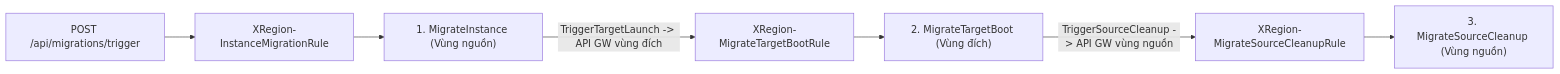
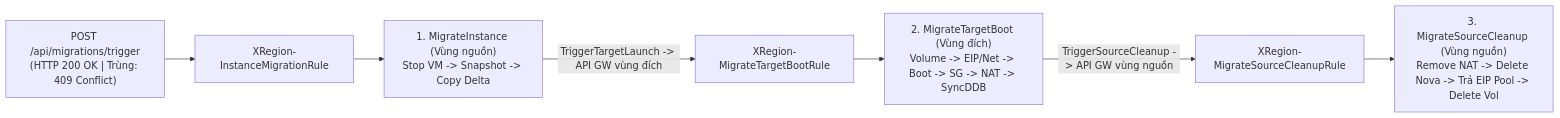
The third of 3 diagrams in final.md (24020196/aws-btl), drawn with Mermaid before and after one commit. The commit also changed other lines of this file, not shown here.

````diff
--- a/final.md
+++ b/final.md
@@ -305,9 +342,9 @@
 ```mermaid
 flowchart LR
-    T["POST /api/migrations/trigger"] --> R1["XRegion-InstanceMigrationRule"]
-    R1 --> SF1["1. MigrateInstance (Vùng nguồn)"]
+    T["POST /api/migrations/trigger\n(HTTP 200 OK | Trùng: 409 Conflict)"] --> R1["XRegion-InstanceMigrationRule"]
+    R1 --> SF1["1. MigrateInstance (Vùng nguồn)\nStop VM -> Snapshot -> Copy Delta"]
     SF1 -->|"TriggerTargetLaunch -> API GW vùng đích"| R2["XRegion-MigrateTargetBootRule"]
-    R2 --> SF2["2. MigrateTargetBoot (Vùng đích)"]
+    R2 --> SF2["2. MigrateTargetBoot (Vùng đích)\nVolume -> EIP/Net -> Boot -> SG -> NAT -> SyncDDB"]
     SF2 -->|"TriggerSourceCleanup -> API GW vùng nguồn"| R3["XRegion-MigrateSourceCleanupRule"]
-    R3 --> SF3["3. MigrateSourceCleanup (Vùng nguồn)"]
+    R3 --> SF3["3. MigrateSourceCleanup (Vùng nguồn)\nRemove NAT -> Delete Nova -> Trả EIP Pool -> Delete Vol"]
 ```
````
